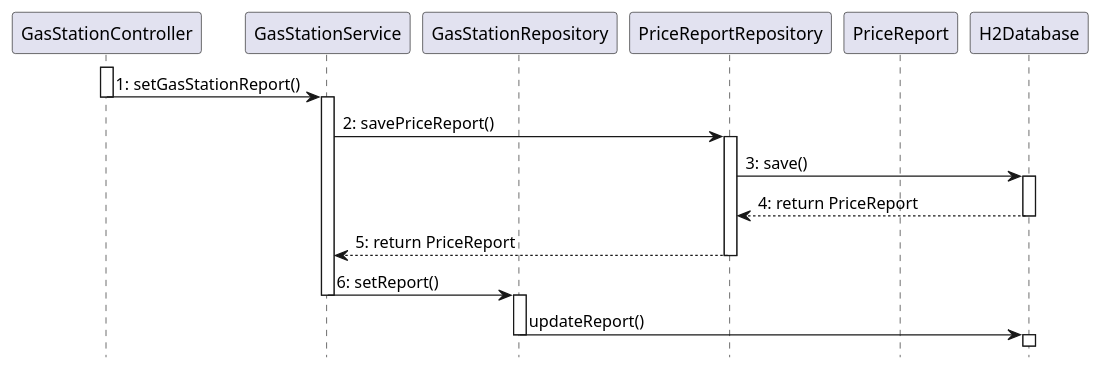
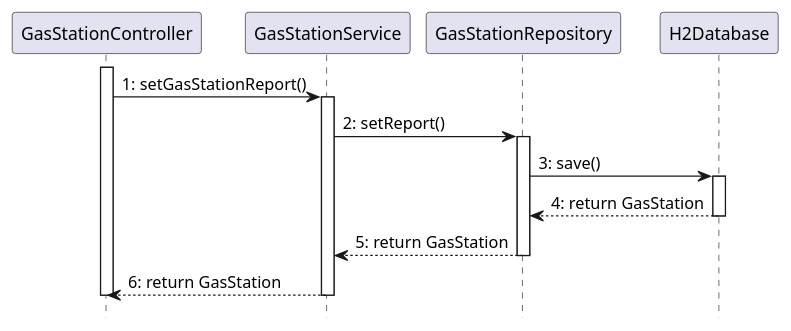
One commit to SE2-group4/SE1-project changed diagram 11 of 14 in docs/DesignDocument.md. Above: the diagram before and after it, drawn with PlantUML. The commit also changed other lines of this file, not shown here.

````diff
--- a/docs/DesignDocument.md
+++ b/docs/DesignDocument.md
@@ -709,35 +711,27 @@
 ```plantuml
 @startuml
 hide footbox
 skinparam shadowing false
 
 participant GasStationController as GC
 participant GasStationService as GS
 participant GasStationRepository as GR
-participant PriceReportRepository as PRR
-participant PriceReport as PR
 participant H2Database as H2
 
 activate GC
 GC -> GS: 1: setGasStationReport()
+activate GS
+GS -> GR: 2: setReport()
+activate GR
+GR -> H2: 3: save()
+activate H2
+H2 --> GR: 4: return GasStation
+deactivate H2
+GR --> GS: 5: return GasStation
+deactivate GR
+GS --> GC: 6: return GasStation
+deactivate GS
 deactivate GC
-
-activate GS
-GS -> PRR: 2: savePriceReport()
-activate PRR
-PRR -> H2: 3: save()
-activate H2
-H2 --> PRR: 4: return PriceReport
-deactivate H2
-PRR --> GS: 5: return PriceReport
-deactivate PRR
-GS -> GR: 6: setReport()
-deactivate GS
-activate GR 
-GR -> H2: updateReport()
-deactivate GR
-activate H2
-deactivate H2
 
 @enduml
 ```
````
